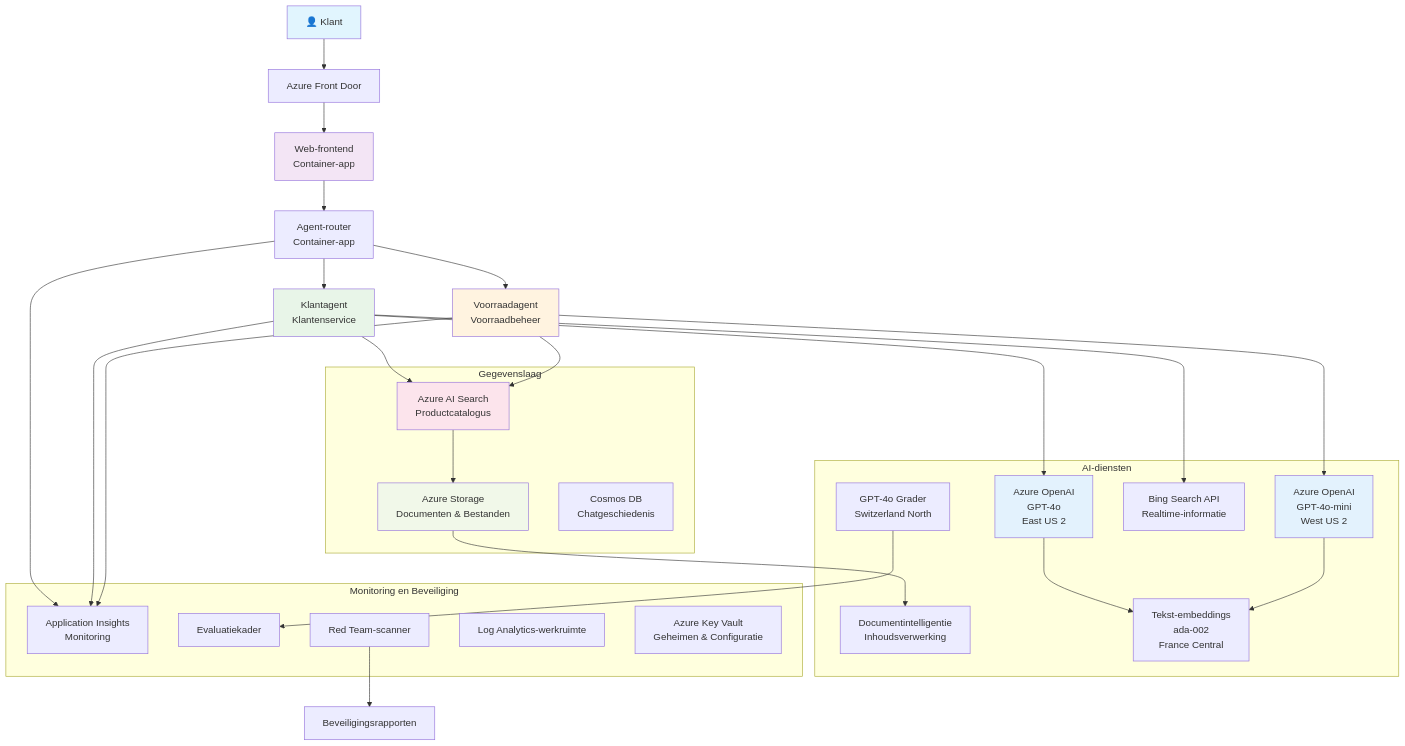
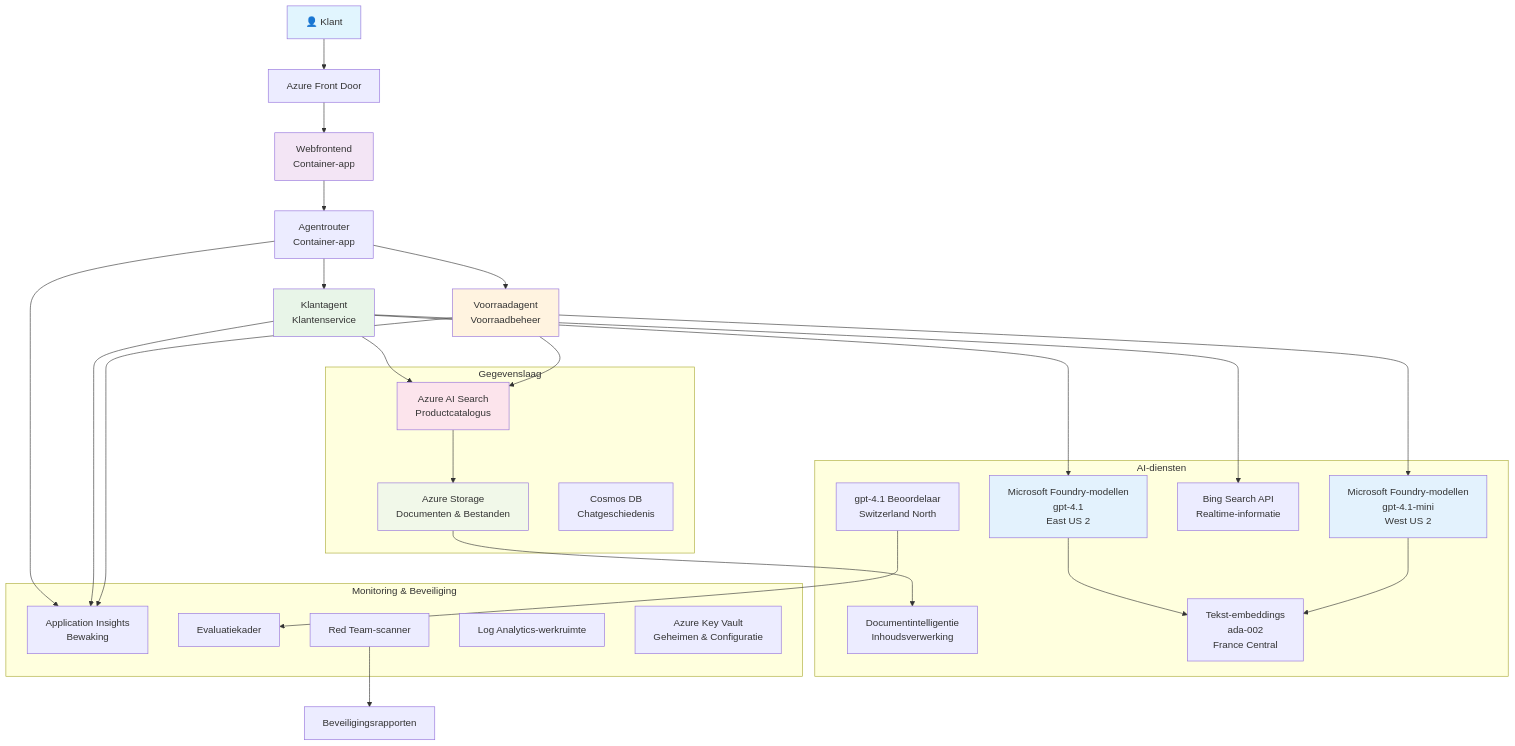
Before and after one commit to microsoft/AZD-for-beginners: the diagram in translations/nl/examples/retail-scenario.md, drawn with Mermaid. The commit also changed other lines of this file and 101 other files, not shown here.

````diff
--- a/translations/nl/examples/retail-scenario.md
+++ b/translations/nl/examples/retail-scenario.md
@@ -139,61 +139,61 @@
 ```mermaid
 graph TB
     User[👤 Klant] --> LB[Azure Front Door]
-    LB --> WebApp[Web-frontend<br/>Container-app]
+    LB --> WebApp[Webfrontend<br/>Container-app]
     
-    WebApp --> Router[Agent-router<br/>Container-app]
+    WebApp --> Router[Agentrouter<br/>Container-app]
     Router --> CustomerAgent[Klantagent<br/>Klantenservice]
     Router --> InvAgent[Voorraadagent<br/>Voorraadbeheer]
     
-    CustomerAgent --> OpenAI1[Azure OpenAI<br/>GPT-4o<br/>East US 2]
-    InvAgent --> OpenAI2[Azure OpenAI<br/>GPT-4o-mini<br/>West US 2]
+    CustomerAgent --> OpenAI1[Microsoft Foundry-modellen<br/>gpt-4.1<br/>East US 2]
+    InvAgent --> OpenAI2[Microsoft Foundry-modellen<br/>gpt-4.1-mini<br/>West US 2]
     
     CustomerAgent --> AISearch[Azure AI Search<br/>Productcatalogus]
     CustomerAgent --> BingSearch[Bing Search API<br/>Realtime-informatie]
     InvAgent --> AISearch
     
     AISearch --> Storage[Azure Storage<br/>Documenten & Bestanden]
     Storage --> DocIntel[Documentintelligentie<br/>Inhoudsverwerking]
     
     OpenAI1 --> Embeddings[Tekst-embeddings<br/>ada-002<br/>France Central]
     OpenAI2 --> Embeddings
     
-    Router --> AppInsights[Application Insights<br/>Monitoring]
+    Router --> AppInsights[Application Insights<br/>Bewaking]
     CustomerAgent --> AppInsights
     InvAgent --> AppInsights
     
-    GraderModel[GPT-4o Grader<br/>Switzerland North] --> Evaluation[Evaluatiekader]
+    GraderModel[gpt-4.1 Beoordelaar<br/>Switzerland North] --> Evaluation[Evaluatiekader]
     RedTeam[Red Team-scanner] --> SecurityReports[Beveiligingsrapporten]
     
     subgraph "Gegevenslaag"
         Storage
         AISearch
         CosmosDB[Cosmos DB<br/>Chatgeschiedenis]
     end
     
     subgraph "AI-diensten"
         OpenAI1
         OpenAI2
         Embeddings
         GraderModel
         DocIntel
         BingSearch
     end
     
-    subgraph "Monitoring en Beveiliging"
+    subgraph "Monitoring & Beveiliging"
         AppInsights
         LogAnalytics[Log Analytics-werkruimte]
         KeyVault[Azure Key Vault<br/>Geheimen & Configuratie]
         RedTeam
         Evaluation
     end
     
     style User fill:#e1f5fe
     style WebApp fill:#f3e5f5
     style CustomerAgent fill:#e8f5e8
     style InvAgent fill:#fff3e0
     style OpenAI1 fill:#e3f2fd
     style OpenAI2 fill:#e3f2fd
     style AISearch fill:#fce4ec
     style Storage fill:#f1f8e9
 ```
````
